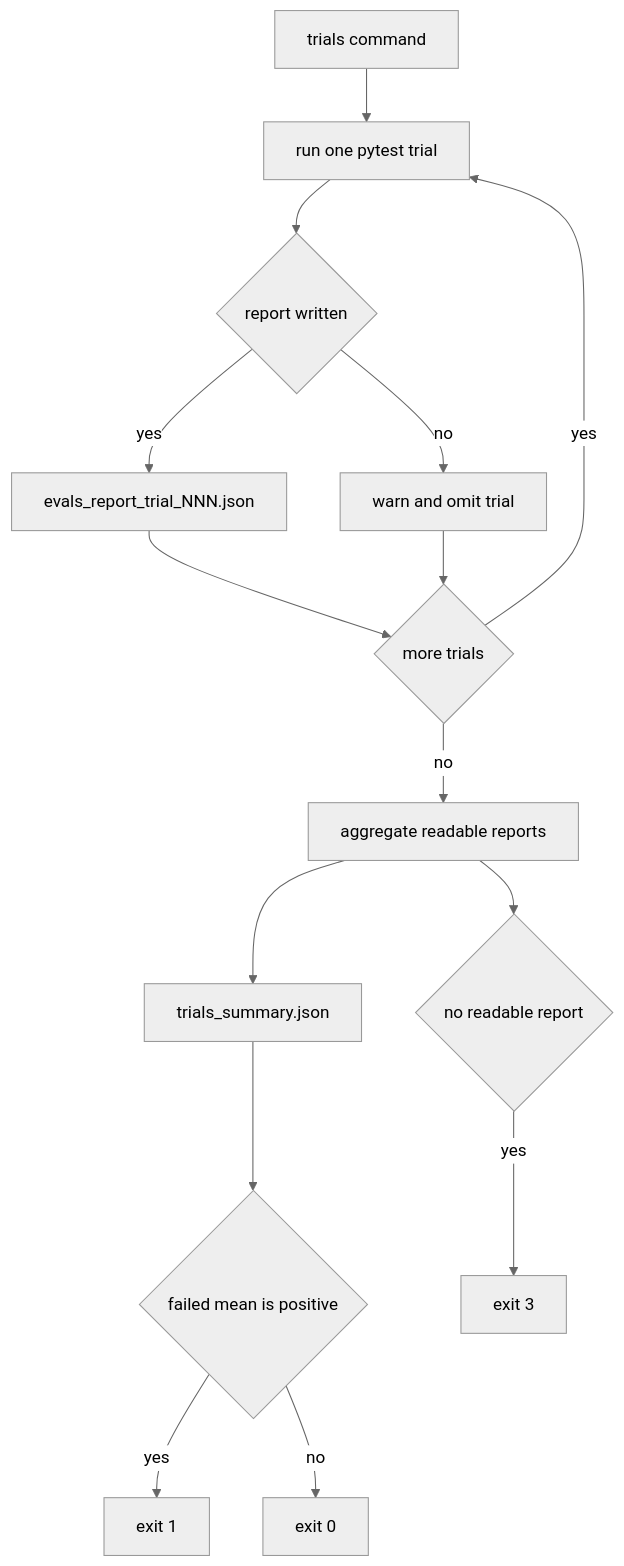
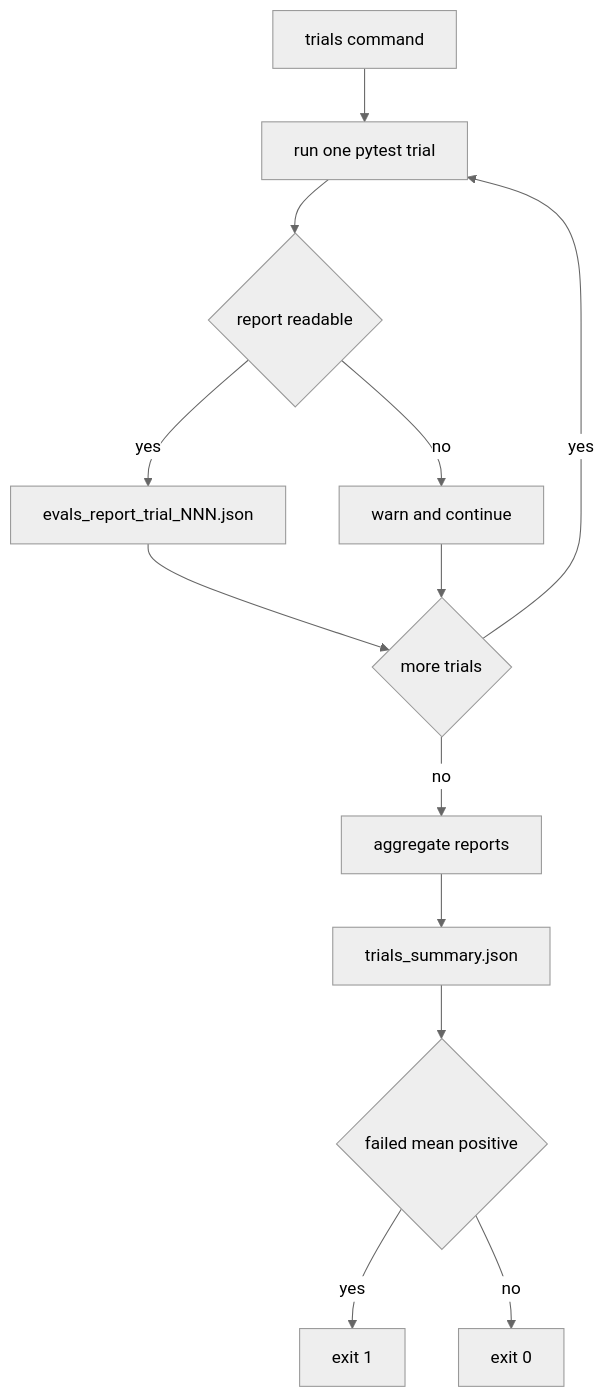
Before and after one commit to langchain-ai/deepagents: the second of 2 diagrams in openwiki/workflows/run-evals.md, drawn with Mermaid (neutral theme). The commit also changed other lines of this file and 69 other files, not shown here.

````diff
--- a/openwiki/workflows/run-evals.md
+++ b/openwiki/workflows/run-evals.md
@@ -203,17 +183,15 @@
 ```mermaid
 flowchart TD
-    Start["trials command"] --> Trial["run one pytest trial"]
-    Trial --> Written{"report written"}
-    Written -- yes --> Save["evals_report_trial_NNN.json"]
-    Written -- no --> Warn["warn and omit trial"]
+    Begin["trials command"] --> Execute["run one pytest trial"]
+    Execute --> Report{"report readable"}
+    Report -- yes --> Save["evals_report_trial_NNN.json"]
+    Report -- no --> Warn["warn and continue"]
     Save --> More{"more trials"}
     Warn --> More
-    More -- yes --> Trial
-    More -- no --> Aggregate["aggregate readable reports"]
-    Aggregate --> Summary["trials_summary.json"]
-    Summary --> Failed{"failed mean is positive"}
-    Failed -- yes --> One["exit 1"]
-    Failed -- no --> Zero["exit 0"]
-    Aggregate --> None{"no readable report"}
-    None -- yes --> Three["exit 3"]
+    More -- yes --> Execute
+    More -- no --> Merge["aggregate reports"]
+    Merge --> Summary["trials_summary.json"]
+    Summary --> Outcome{"failed mean positive"}
+    Outcome -- yes --> Fail["exit 1"]
+    Outcome -- no --> Pass["exit 0"]
 ```
````
